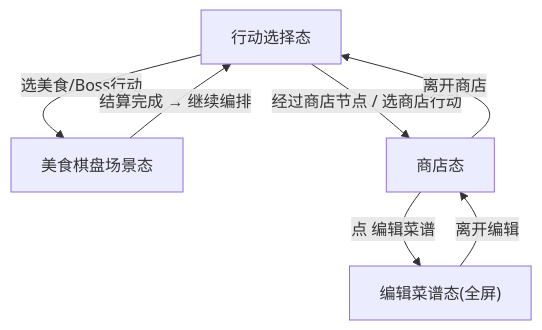
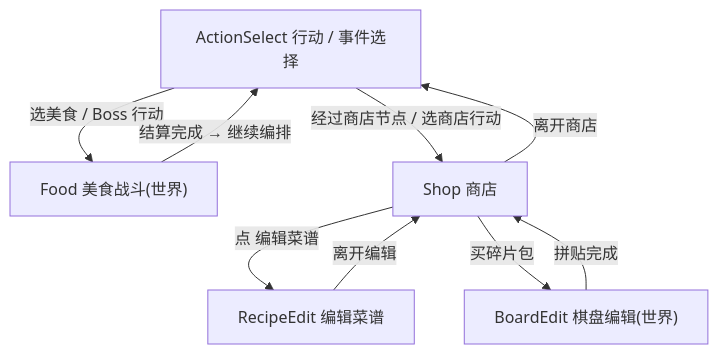
The second of 3 diagrams in GourmetProject/docs/design/游戏设计/界面.md (2563495284/gourmetproject), drawn with Mermaid before and after one commit. The commit also changed other lines of this file and 95 other files, not shown here.

````diff
--- a/GourmetProject/docs/design/游戏设计/界面.md
+++ b/GourmetProject/docs/design/游戏设计/界面.md
@@ -33,9 +44,11 @@
 ```mermaid
 flowchart TD
-  ActionSelect["行动选择态"] -->|"选美食/Boss行动"| Food["美食棋盘场景态"]
-  ActionSelect -->|"经过商店节点 / 选商店行动"| Shop["商店态"]
-  Shop -->|"点 编辑菜谱"| Edit["编辑菜谱态(全屏)"]
+  ActionSelect["ActionSelect 行动 / 事件选择"] -->|"选美食 / Boss 行动"| Food["Food 美食战斗(世界)"]
+  ActionSelect -->|"经过商店节点 / 选商店行动"| Shop["Shop 商店"]
+  Shop -->|"点 编辑菜谱"| Edit["RecipeEdit 编辑菜谱"]
   Edit -->|"离开编辑"| Shop
+  Shop -->|"买碎片包"| Board["BoardEdit 棋盘编辑(世界)"]
+  Board -->|"拼贴完成"| Shop
   Shop -->|"离开商店"| ActionSelect
   Food -->|"结算完成 → 继续编排"| ActionSelect
 ```
````
